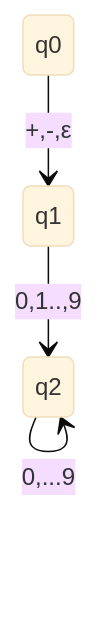
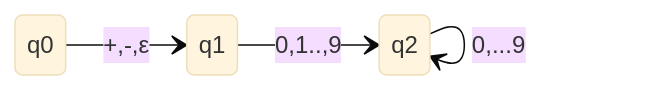
The second of 3 diagrams in Università/Anno II/LFT/04. ε-Transizioni.md (AlessandroMIlani/Obsidian), drawn with Mermaid (base theme) before and after one commit. The commit also changed other lines of this file and 30 other files, not shown here.

````diff
--- a/Università/Anno II/LFT/04. ε-Transizioni.md
+++ b/Università/Anno II/LFT/04. ε-Transizioni.md
@@ -30,6 +31,7 @@
 ```mermaid 
 stateDiagram-v2 
+direction LR
 q0 --> q1 :+,-,ε
 q1 --> q2 :0,1..,9
 q2 --> q2 :0,...9
 ```
````
